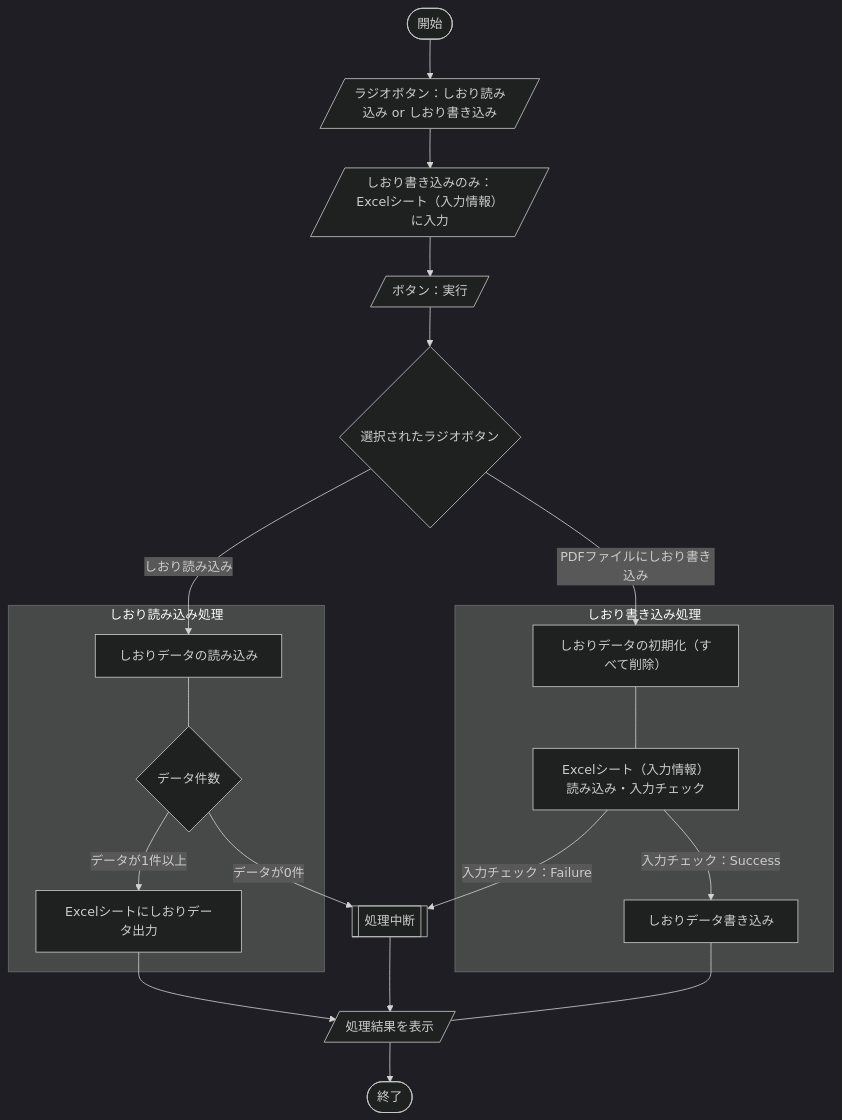
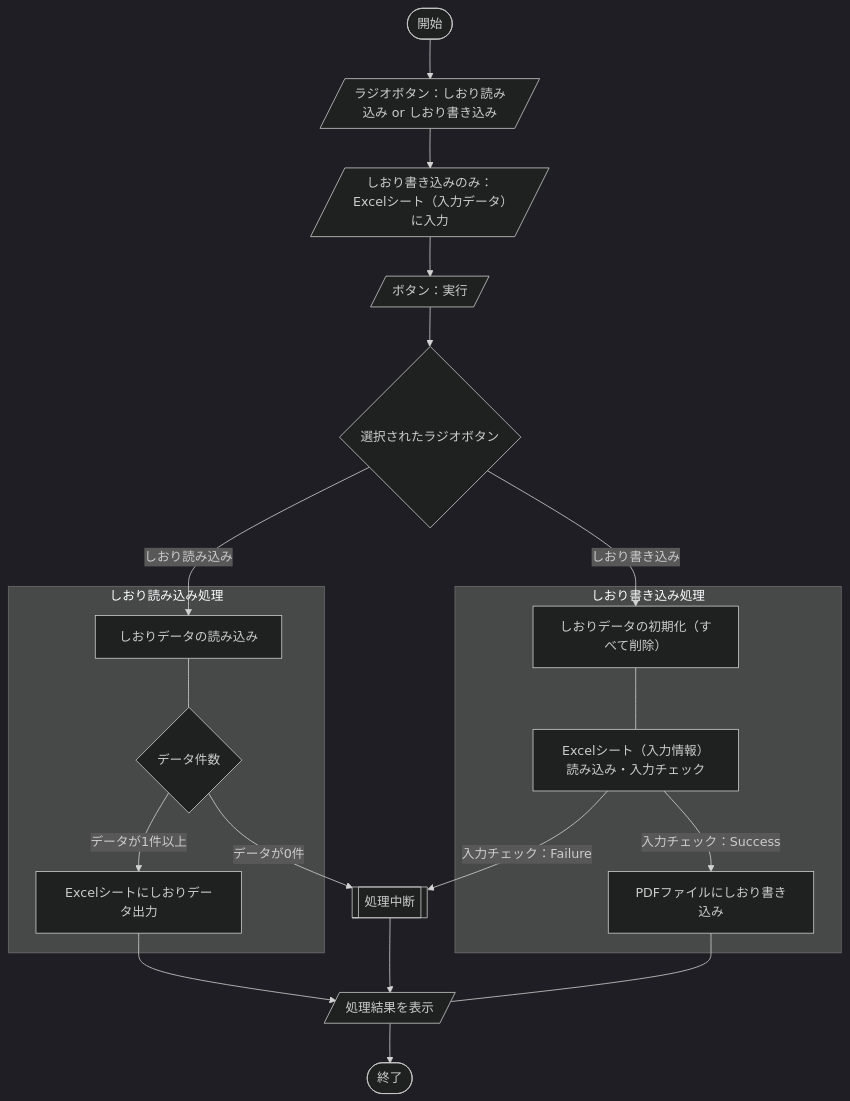
Before and after one commit to akiGAMEBOY/haretokidoki_zn: the diagram in articles/4fe3c9492bb0e2.md, drawn with Mermaid (dark theme). The commit also changed other lines of this file, not shown here.

````diff
--- a/articles/4fe3c9492bb0e2.md
+++ b/articles/4fe3c9492bb0e2.md
@@ -54,23 +69,23 @@
 ```mermaid
 flowchart TB
     A(["開始"]) --> B[/"ラジオボタン：しおり読み込み or しおり書き込み"/]
-    B --> C[/"しおり書き込みのみ：Excelシート（入力情報）に入力"/]
+    B --> C[/"しおり書き込みのみ：Excelシート（入力データ）に入力"/]
     C --> D[/"ボタン：実行"/]
     D --> E{"選択されたラジオボタン"}
     E --> |"しおり読み込み"| F["しおりデータの読み込み"]
     subgraph "しおり読み込み処理"
     F --- G{"データ件数"}
     G --> |"データが1件以上"| H["Excelシートにしおりデータ出力"]
     end
     H -->  M[/"処理結果を表示"/]
     G --> |"データが0件"| I[["処理中断"]]
     I --> M
-    E --> |"PDFファイルにしおり書き込み"| J["しおりデータの初期化（すべて削除）"]
+    E --> |"しおり書き込み"| J["しおりデータの初期化（すべて削除）"]
     subgraph "しおり書き込み処理"
     J --- K["Excelシート（入力情報）読み込み・入力チェック"]
-    K --> |"入力チェック：Success"| L["しおりデータ書き込み"]
+    K --> |"入力チェック：Success"| L["PDFファイルにしおり書き込み"]
     end
     K --> |"入力チェック：Failure"| I
     L --- M
     M --> P(["終了"])
 ```
````
